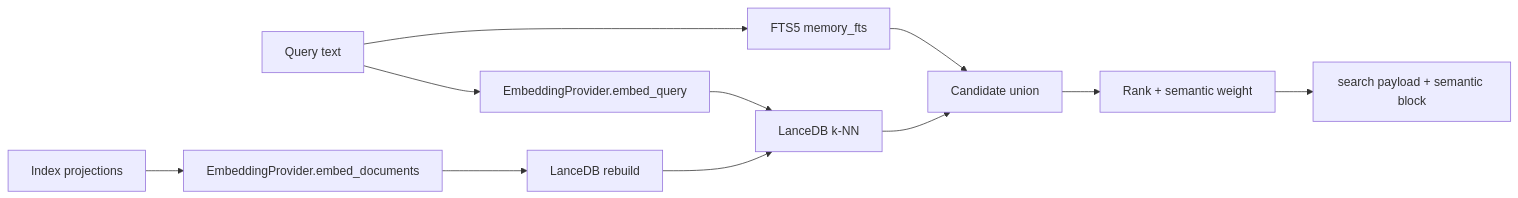
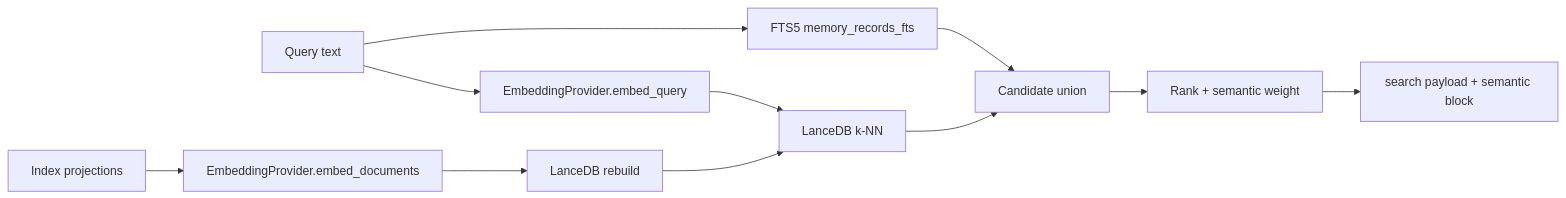
The diagram in docs/book/13-engineering-memory/search-semantic.md (orenlab/codeclone), drawn with Mermaid before and after one commit. The commit also changed 9 other files, not shown here.

````diff
--- a/docs/book/13-engineering-memory/search-semantic.md
+++ b/docs/book/13-engineering-memory/search-semantic.md
@@ -11,13 +11,13 @@
 ```mermaid
 flowchart LR
-    Q[Query text] --> FTS[FTS5 memory_fts]
+    Q[Query text] --> FTS[FTS5 memory_records_fts]
     Q --> EMB[EmbeddingProvider.embed_query]
     DOCS[Index projections] --> DOCEMB[EmbeddingProvider.embed_documents]
     EMB --> VEC[LanceDB k-NN]
     DOCEMB --> INDEX[LanceDB rebuild]
     INDEX --> VEC
     FTS --> MERGE[Candidate union]
     VEC --> MERGE
     MERGE --> RANK[Rank + semantic weight]
     RANK --> OUT[search payload + semantic block]
 ```
````
